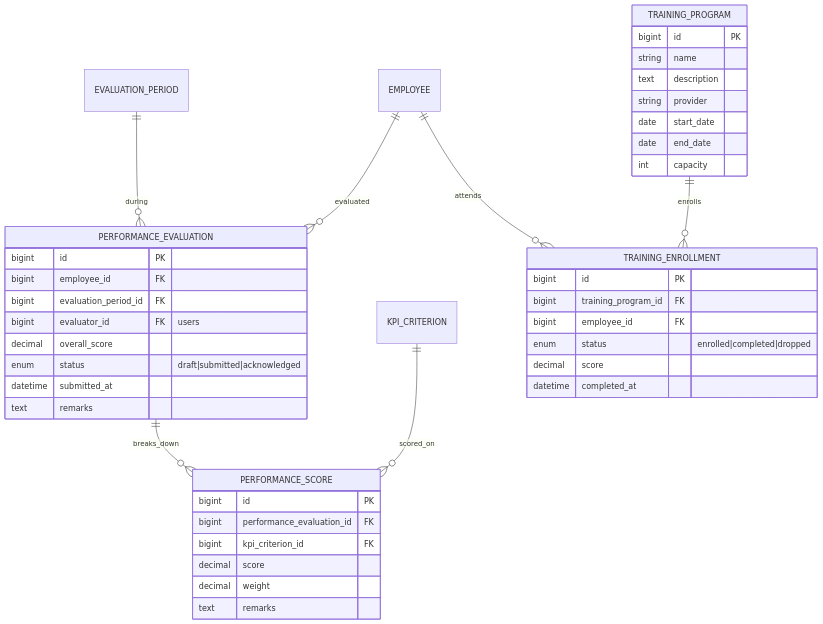
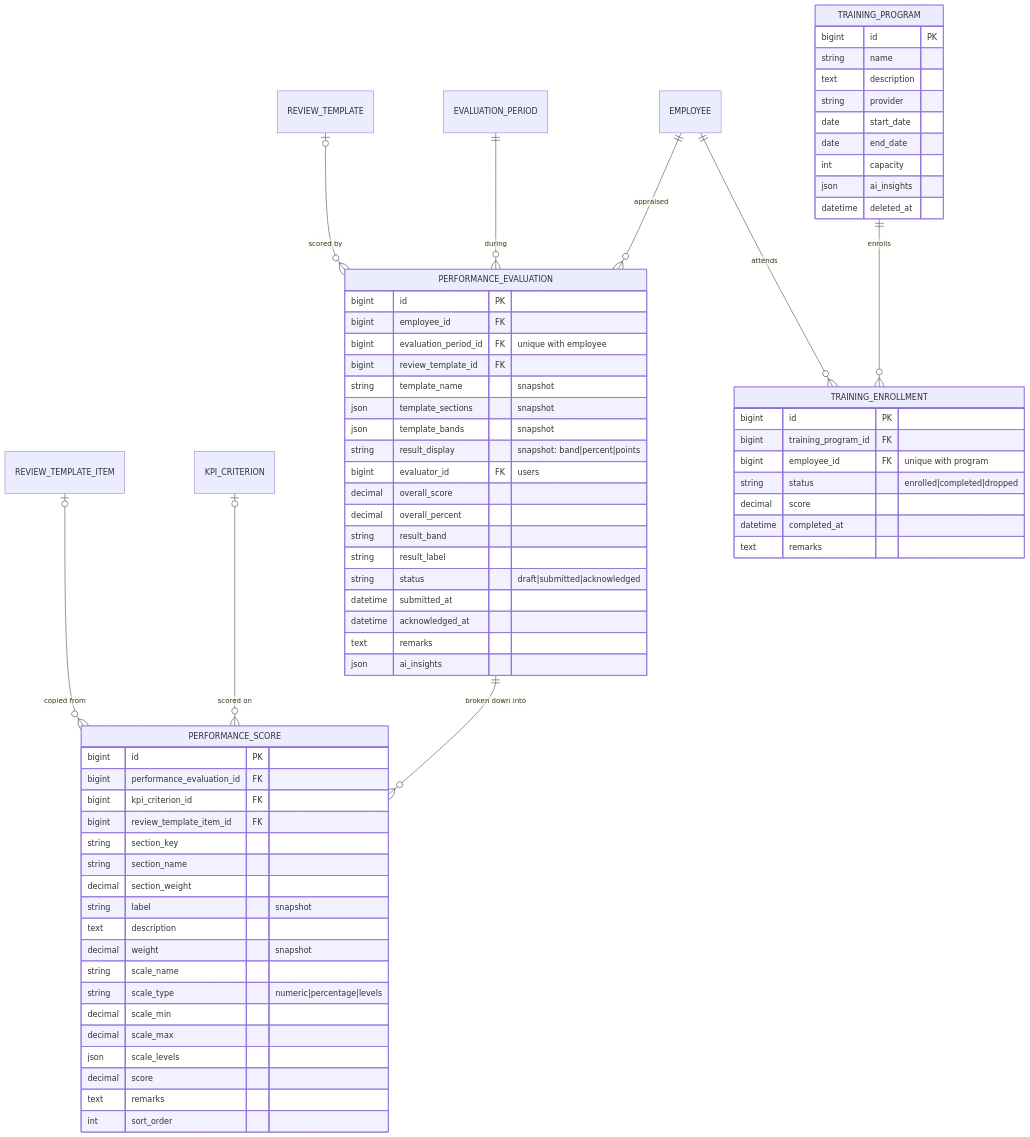
Before and after one commit to earlkian8/synapse: the ninth of 12 diagrams in docs/database/erd.md, drawn with Mermaid. The commit also changed other lines of this file and 17 other files, not shown here.

````diff
--- a/docs/database/erd.md
+++ b/docs/database/erd.md
@@ -673,45 +960,72 @@
 ```mermaid
 erDiagram
-    EMPLOYEE ||--o{ PERFORMANCE_EVALUATION : evaluated
-    EVALUATION_PERIOD ||--o{ PERFORMANCE_EVALUATION : during
-    PERFORMANCE_EVALUATION ||--o{ PERFORMANCE_SCORE : breaks_down
-    KPI_CRITERION ||--o{ PERFORMANCE_SCORE : scored_on
+    EMPLOYEE ||--o{ PERFORMANCE_EVALUATION : appraised
+    EVALUATION_PERIOD ||--o{ PERFORMANCE_EVALUATION : "during"
+    REVIEW_TEMPLATE |o--o{ PERFORMANCE_EVALUATION : "scored by"
+    PERFORMANCE_EVALUATION ||--o{ PERFORMANCE_SCORE : "broken down into"
+    KPI_CRITERION |o--o{ PERFORMANCE_SCORE : "scored on"
+    REVIEW_TEMPLATE_ITEM |o--o{ PERFORMANCE_SCORE : "copied from"
     TRAINING_PROGRAM ||--o{ TRAINING_ENROLLMENT : enrolls
     EMPLOYEE ||--o{ TRAINING_ENROLLMENT : attends
 
     PERFORMANCE_EVALUATION {
         bigint id PK
         bigint employee_id FK
-        bigint evaluation_period_id FK
+        bigint evaluation_period_id FK "unique with employee"
+        bigint review_template_id FK
+        string template_name "snapshot"
+        json template_sections "snapshot"
+        json template_bands "snapshot"
+        string result_display "snapshot: band|percent|points"
         bigint evaluator_id FK "users"
         decimal overall_score
-        enum status "draft|submitted|acknowledged"
+        decimal overall_percent
+        string result_band
+        string result_label
+        string status "draft|submitted|acknowledged"
         datetime submitted_at
+        datetime acknowledged_at
         text remarks
+        json ai_insights
     }
     PERFORMANCE_SCORE {
         bigint id PK
         bigint performance_evaluation_id FK
         bigint kpi_criterion_id FK
+        bigint review_template_item_id FK
+        string section_key
+        string section_name
+        decimal section_weight
+        string label "snapshot"
+        text description
+        decimal weight "snapshot"
+        string scale_name
+        string scale_type "numeric|percentage|levels"
+        decimal scale_min
+        decimal scale_max
+        json scale_levels
         decimal score
-        decimal weight
         text remarks
+        int sort_order
     }
     TRAINING_PROGRAM {
         bigint id PK
         string name
         text description
         string provider
         date start_date
         date end_date
         int capacity
+        json ai_insights
+        datetime deleted_at
     }
     TRAINING_ENROLLMENT {
         bigint id PK
         bigint training_program_id FK
-        bigint employee_id FK
-        enum status "enrolled|completed|dropped"
+        bigint employee_id FK "unique with program"
+        string status "enrolled|completed|dropped"
         decimal score
         datetime completed_at
+        text remarks
     }
 ```
````
